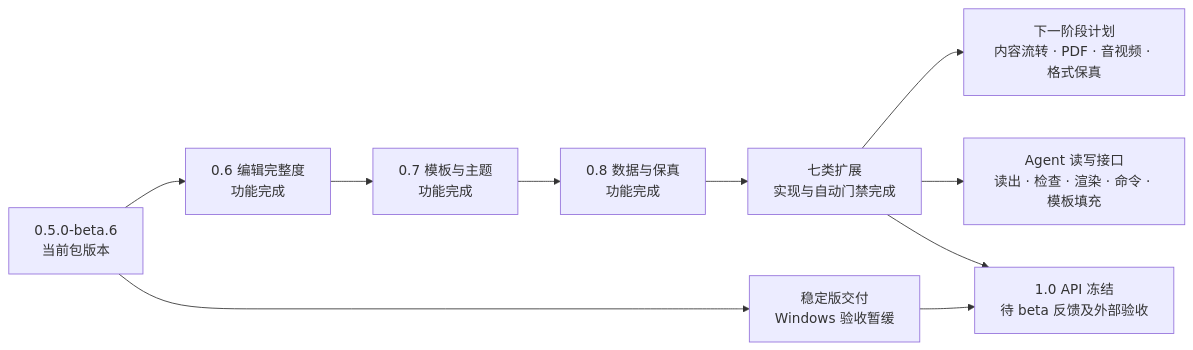
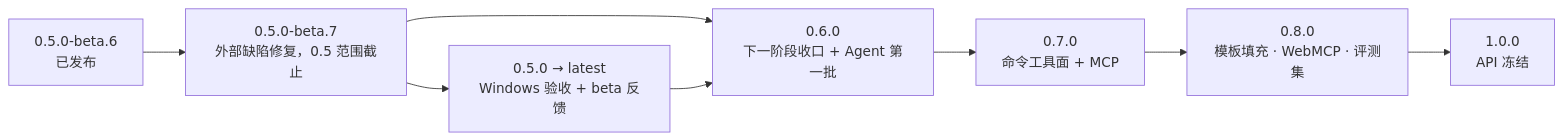
One commit to unStone/web-ppt changed the second of 3 diagrams in docs/roadmap.md. Above: the diagram before and after it, drawn with Mermaid. The commit also changed other lines of this file and 47 other files, not shown here.

````diff
--- a/docs/roadmap.md
+++ b/docs/roadmap.md
@@ -177,12 +181,10 @@
 ```mermaid
 flowchart LR
-    B["0.5.0-beta.6<br/>当前包版本"] --> V6["0.6 编辑完整度<br/>功能完成"]
-    V6 --> V7["0.7 模板与主题<br/>功能完成"]
-    V7 --> V8["0.8 数据与保真<br/>功能完成"]
-    V8 --> X["七类扩展<br/>实现与自动门禁完成"]
-    X --> N["下一阶段计划<br/>内容流转 · PDF · 音视频 · 格式保真"]
-    X --> AG["Agent 读写接口<br/>读出 · 检查 · 渲染 · 命令 · 模板填充"]
-    B --> S["稳定版交付<br/>Windows 验收暂缓"]
-    X --> V1["1.0 API 冻结<br/>待 beta 反馈及外部验收"]
-    S --> V1
+    B6["0.5.0-beta.6<br/>已发布"] --> B7["0.5.0-beta.7<br/>外部缺陷修复，0.5 范围截止"]
+    B7 --> S5["0.5.0 → latest<br/>Windows 验收 + beta 反馈"]
+    B7 --> V6["0.6.0<br/>下一阶段收口 + Agent 第一批"]
+    V6 --> V7["0.7.0<br/>命令工具面 + MCP"]
+    V7 --> V8["0.8.0<br/>模板填充 · WebMCP · 评测集"]
+    V8 --> V1["1.0.0<br/>API 冻结"]
+    S5 --> V6
 ```
````
